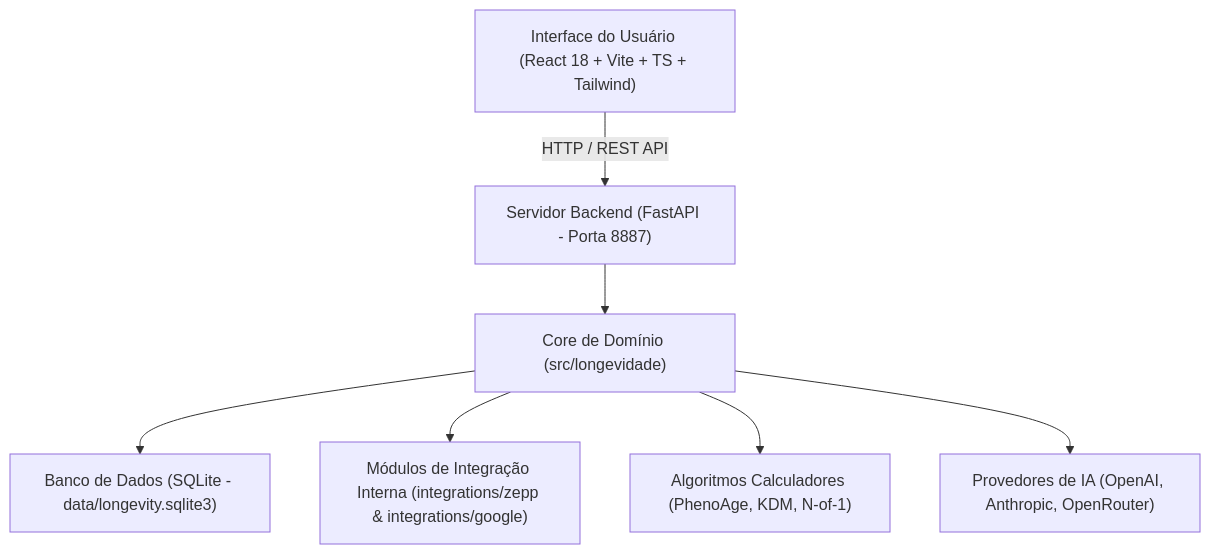
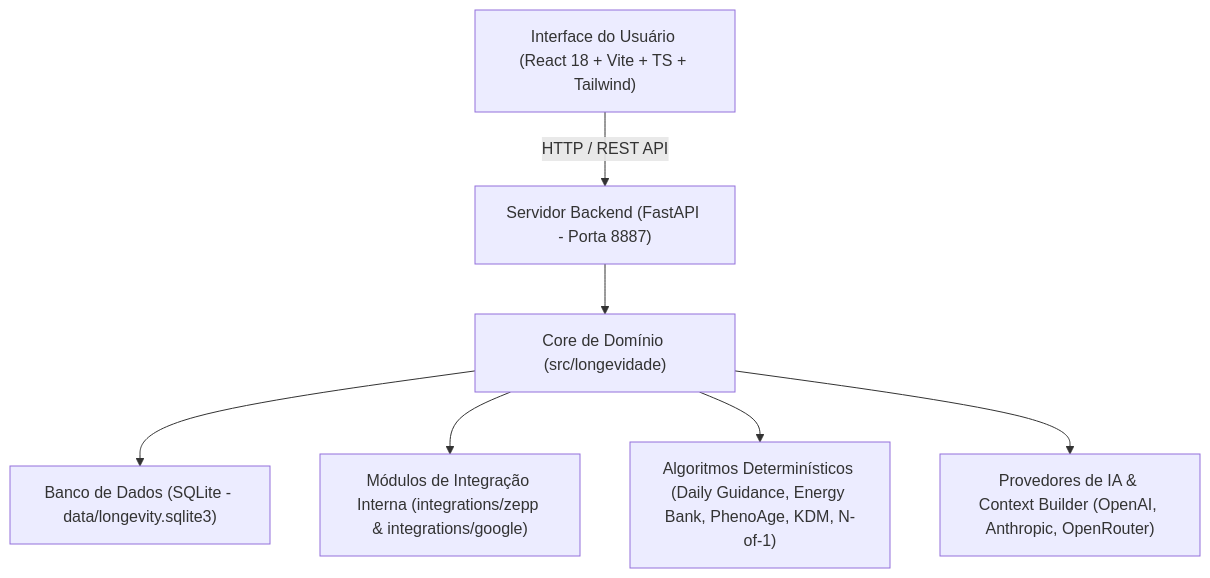
One commit to lguscouto/longevity-hub changed the diagram in docs/overview.md. Above: the diagram before and after it, drawn with Mermaid. The commit also changed 8 other files, not shown here.

````diff
--- a/docs/overview.md
+++ b/docs/overview.md
@@ -25,9 +25,9 @@
 ```mermaid
 graph TD
     A["Interface do Usuário (React 18 + Vite + TS + Tailwind)"] -->|HTTP / REST API| B["Servidor Backend (FastAPI - Porta 8887)"]
     B --> C["Core de Domínio (src/longevidade)"]
     C --> D["Banco de Dados (SQLite - data/longevity.sqlite3)"]
     C --> E["Módulos de Integração Interna (integrations/zepp & integrations/google)"]
-    C --> F["Algoritmos Calculadores (PhenoAge, KDM, N-of-1)"]
-    C --> G["Provedores de IA (OpenAI, Anthropic, OpenRouter)"]
+    C --> F["Algoritmos Determinísticos (Daily Guidance, Energy Bank, PhenoAge, KDM, N-of-1)"]
+    C --> G["Provedores de IA & Context Builder (OpenAI, Anthropic, OpenRouter)"]
 ```
````
